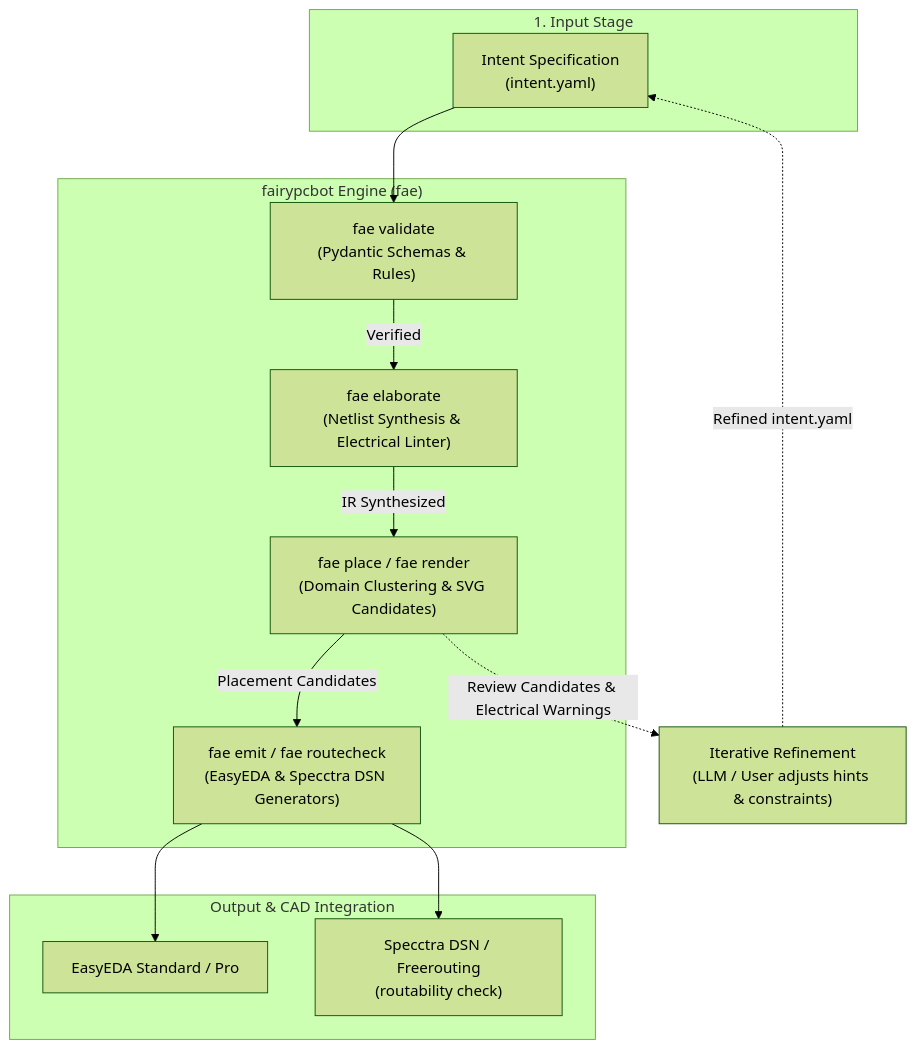
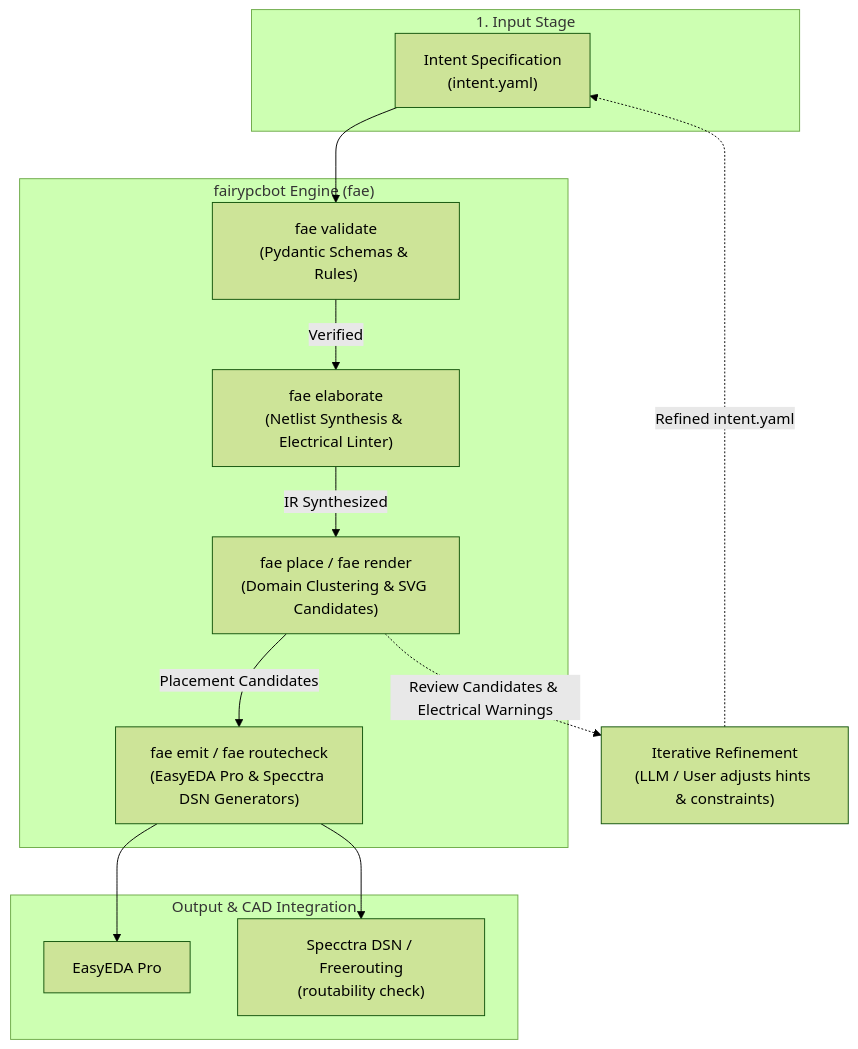
One commit to fabriciorit/fairypcbot changed the diagram in README.md. Above: the diagram before and after it, drawn with Mermaid (forest theme). The commit also changed other lines of this file and 2 other files, not shown here.

First line of the commit message:
docs: reference EasyEDA Pro instead of Standard in user-facing docs

````diff
--- a/README.md
+++ b/README.md
@@ -81,29 +81,29 @@
 ```mermaid
 flowchart TD
     subgraph Input["1. Input Stage"]
         A["Intent Specification<br/>(intent.yaml)"]
     end
 
     subgraph CoreEngine["fairypcbot Engine (fae)"]
         B["fae validate<br/>(Pydantic Schemas & Rules)"]
         C["fae elaborate<br/>(Netlist Synthesis & Electrical Linter)"]
         D["fae place / fae render<br/>(Domain Clustering & SVG Candidates)"]
-        E["fae emit / fae routecheck<br/>(EasyEDA & Specctra DSN Generators)"]
+        E["fae emit / fae routecheck<br/>(EasyEDA Pro & Specctra DSN Generators)"]
     end
 
     subgraph Output["Output & CAD Integration"]
-        F["EasyEDA Standard / Pro"]
+        F["EasyEDA Pro"]
         G["Specctra DSN / Freerouting<br/>(routability check)"]
     end
 
     A --> B
     B -->|Verified| C
     C -->|IR Synthesized| D
     D -->|Placement Candidates| E
     E --> F
     E --> G
 
     %% Iterative Feedback Loop
     D -.->|Review Candidates & Electrical Warnings| I["Iterative Refinement<br/>(LLM / User adjusts hints & constraints)"]
     I -.->|Refined intent.yaml| A
 ```
````
